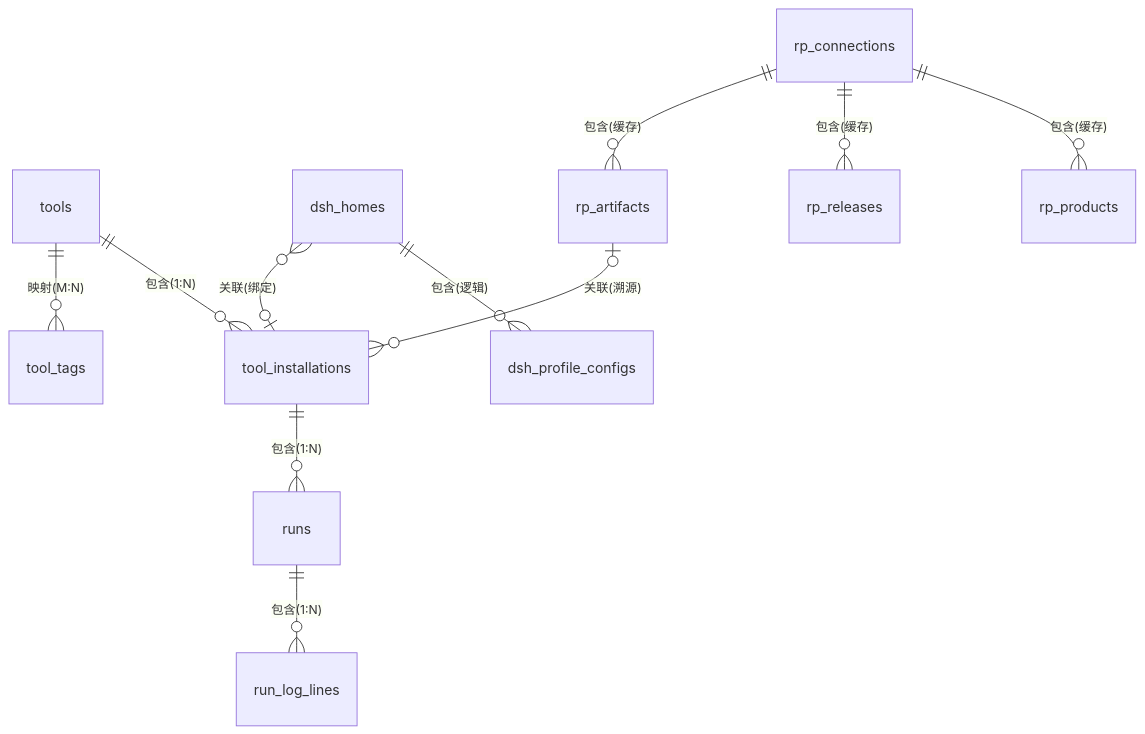
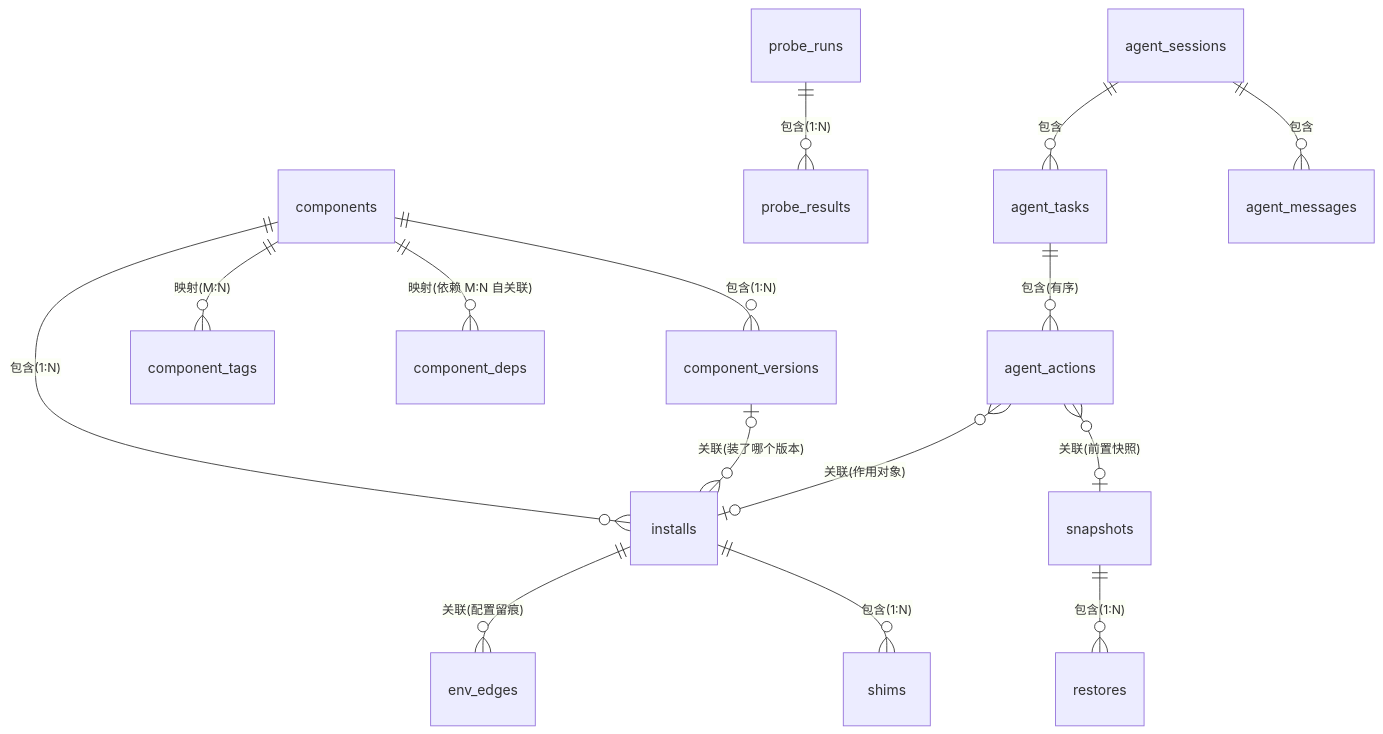
One commit to imeepos/dsh-launcher changed the diagram in DESIGN-DB.md. Above: the diagram before and after it, drawn with Mermaid. The commit also changed other lines of this file, not shown here.

First line of the commit message:
docs(db): v2 model for engine, managed env and snapshots

````diff
--- a/DESIGN-DB.md
+++ b/DESIGN-DB.md
@@ -26,13 +20,17 @@
 ```mermaid
 erDiagram
-    tools ||--o{ tool_installations : "包含(1:N)"
-    tools ||--o{ tool_tags : "映射(M:N)"
-    tool_installations ||--o{ runs : "包含(1:N)"
-    runs ||--o{ run_log_lines : "包含(1:N)"
-    dsh_homes ||--o{ dsh_profile_configs : "包含(逻辑)"
-    dsh_homes }o--o| tool_installations : "关联(绑定)"
-    rp_connections ||--o{ rp_products : "包含(缓存)"
-    rp_connections ||--o{ rp_releases : "包含(缓存)"
-    rp_connections ||--o{ rp_artifacts : "包含(缓存)"
-    rp_artifacts |o--o{ tool_installations : "关联(溯源)"
+    components ||--o{ component_versions : "包含(1:N)"
+    components ||--o{ component_deps : "映射(依赖 M:N 自关联)"
+    components ||--o{ component_tags : "映射(M:N)"
+    components ||--o{ installs : "包含(1:N)"
+    installs ||--o{ shims : "包含(1:N)"
+    installs ||--o{ env_edges : "关联(配置留痕)"
+    probe_runs ||--o{ probe_results : "包含(1:N)"
+    agent_sessions ||--o{ agent_messages : "包含"
+    agent_sessions ||--o{ agent_tasks : "包含"
+    agent_tasks ||--o{ agent_actions : "包含(有序)"
+    agent_actions }o--o| snapshots : "关联(前置快照)"
+    agent_actions }o--o| installs : "关联(作用对象)"
+    snapshots ||--o{ restores : "包含(1:N)"
+    component_versions |o--o{ installs : "关联(装了哪个版本)"
 ```
````
